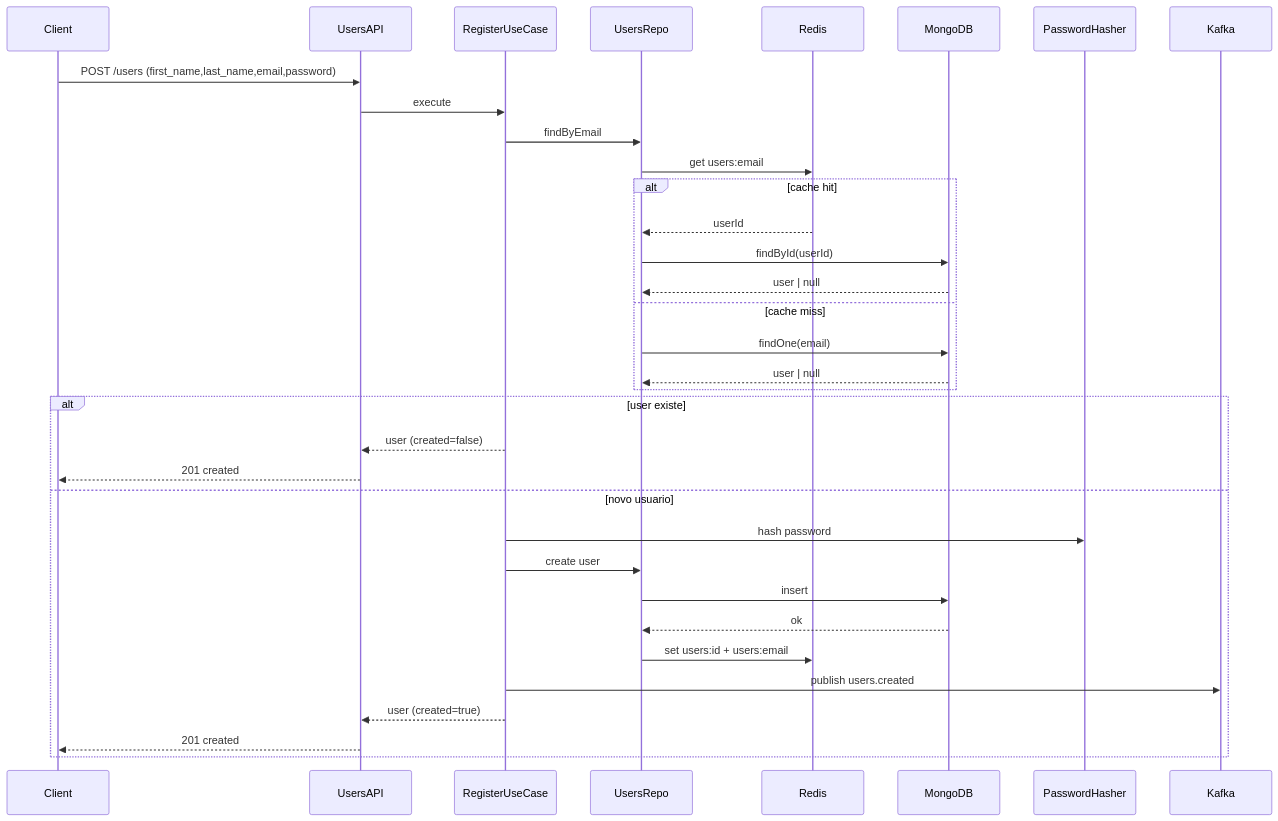
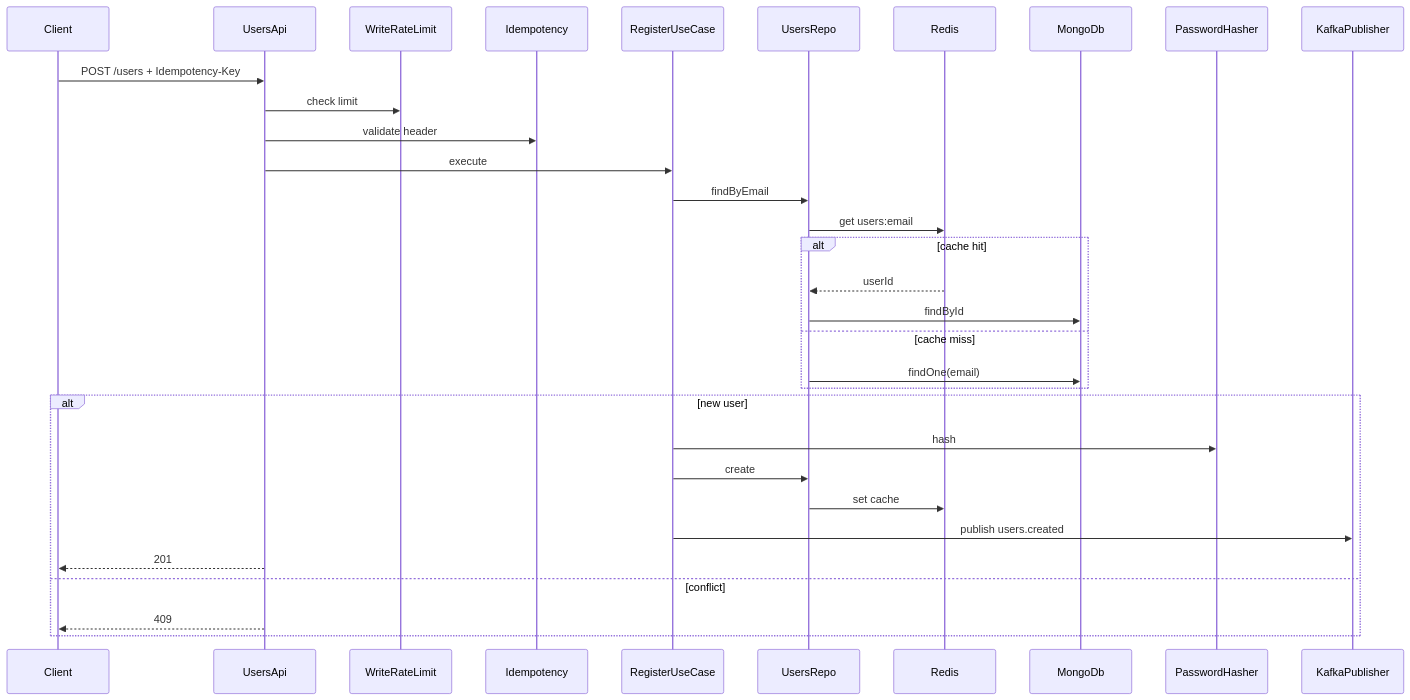
One commit to rodrigocardosodev/ilia-nodejs-challenge changed the first of 7 diagrams in README.md. Above: the diagram before and after it, drawn with Mermaid. The commit also changed other lines of this file, not shown here.

Commit message:
docs: update README to include detailed API endpoints, rate limiting information, and observability setup with Prometheus and Grafana

````diff
--- a/README.md
+++ b/README.md
@@ -121,37 +216,35 @@
 ```mermaid
 sequenceDiagram
     participant Client
-    participant UsersAPI
+    participant UsersApi
+    participant WriteRateLimit
+    participant Idempotency
     participant RegisterUseCase
     participant UsersRepo
     participant Redis
-    participant MongoDB
+    participant MongoDb
     participant PasswordHasher
-    participant Kafka
+    participant KafkaPublisher
 
-    Client->>UsersAPI: POST /users (first_name,last_name,email,password)
-    UsersAPI->>RegisterUseCase: execute
+    Client->>UsersApi: POST /users + Idempotency-Key
+    UsersApi->>WriteRateLimit: check limit
+    UsersApi->>Idempotency: validate header
+    UsersApi->>RegisterUseCase: execute
     RegisterUseCase->>UsersRepo: findByEmail
     UsersRepo->>Redis: get users:email
     alt cache hit
         Redis-->>UsersRepo: userId
-        UsersRepo->>MongoDB: findById(userId)
-        MongoDB-->>UsersRepo: user | null
+        UsersRepo->>MongoDb: findById
     else cache miss
-        UsersRepo->>MongoDB: findOne(email)
-        MongoDB-->>UsersRepo: user | null
+        UsersRepo->>MongoDb: findOne(email)
     end
-    alt user existe
-        RegisterUseCase-->>UsersAPI: user (created=false)
-        UsersAPI-->>Client: 201 created
-    else novo usuario
-        RegisterUseCase->>PasswordHasher: hash password
-        RegisterUseCase->>UsersRepo: create user
-        UsersRepo->>MongoDB: insert
-        MongoDB-->>UsersRepo: ok
-        UsersRepo->>Redis: set users:id + users:email
-        RegisterUseCase->>Kafka: publish users.created
-        RegisterUseCase-->>UsersAPI: user (created=true)
-        UsersAPI-->>Client: 201 created
+    alt new user
+        RegisterUseCase->>PasswordHasher: hash
+        RegisterUseCase->>UsersRepo: create
+        UsersRepo->>Redis: set cache
+        RegisterUseCase->>KafkaPublisher: publish users.created
+        UsersApi-->>Client: 201
+    else conflict
+        UsersApi-->>Client: 409
     end
 ```
````
